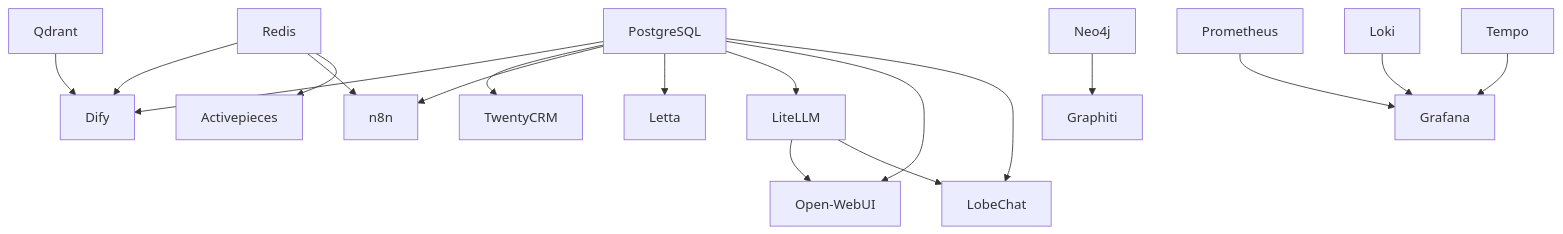
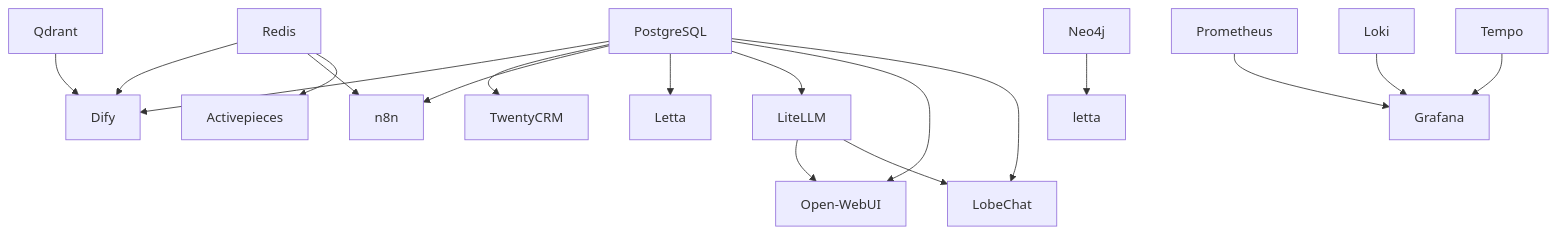
One commit to ellisapotheosis/Project-Nyra changed the second of 2 diagrams in docs/infra/DOCKER-IMAGE-INVENTORY.md. Above: the diagram before and after it, drawn with Mermaid. The commit also changed other lines of this file and 992 other files, not shown here.

````diff
--- a/docs/infra/DOCKER-IMAGE-INVENTORY.md
+++ b/docs/infra/DOCKER-IMAGE-INVENTORY.md
@@ -88,24 +88,24 @@
 ```mermaid
 graph TD
     A[PostgreSQL] --> B[Dify]
     A --> C[TwentyCRM]
     A --> D[n8n]
     A --> E[Letta]
     A --> F[LiteLLM]
     A --> G[Open-WebUI]
     A --> H[LobeChat]
 
     R[Redis] --> B
     R --> D
     R --> I[Activepieces]
 
     Q[Qdrant] --> B
-    N[Neo4j] --> J[Graphiti]
+    N[Neo4j] --> J[letta]
 
     F --> G
     F --> H
 
     P[Prometheus] --> K[Grafana]
     L[Loki] --> K
     T[Tempo] --> K
 ```
````
